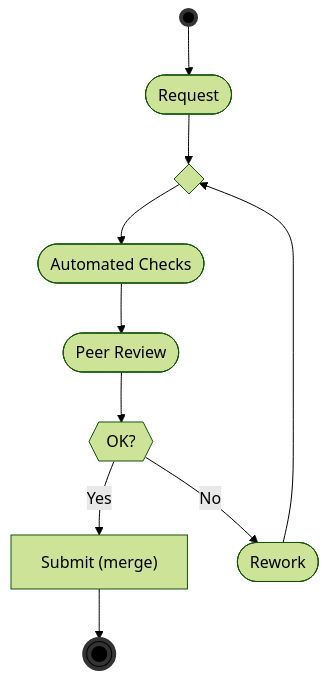
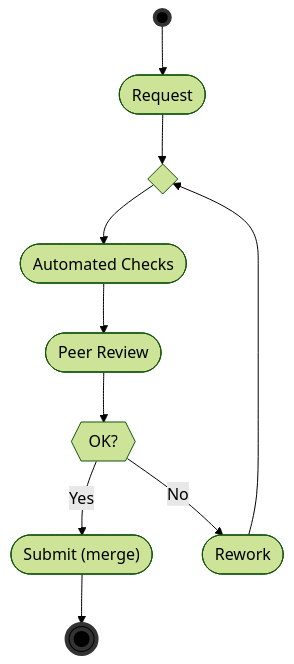
One commit to SAP/styleguides changed the diagram in abap-code-review/src/TestIntroduction.md. Above: the diagram before and after it, drawn with Mermaid (forest theme).

````diff
--- a/abap-code-review/src/TestIntroduction.md
+++ b/abap-code-review/src/TestIntroduction.md
@@ -12,16 +12,16 @@
 ```mermaid
 %%{ init: { 'flowchart': { 'curve': 'basis' } } }%%
 flowchart TB
 
 A((" ")):::startClass --> B([Request])
 B --> S{" "}
 S --> C([Automated Checks])
 C --> D([Peer Review])
 D --> E{{OK?}}
-E -->|Yes| F["Submit (merge)"]
+E -->|Yes| F(["Submit (merge)"])
 E -->|No | G([Rework])
 G -->S
 F --> H(((" "))):::endClass
 classDef startClass fill:black,stroke:#333,stroke-width:4px;
 classDef endClass fill:black,stroke:#333,stroke-width:4px;
 ```
````
